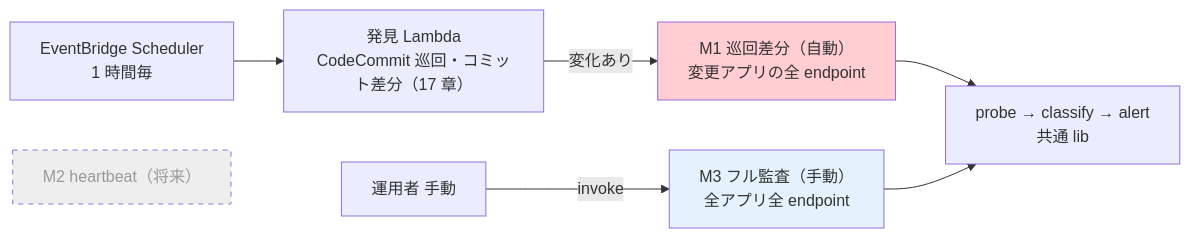
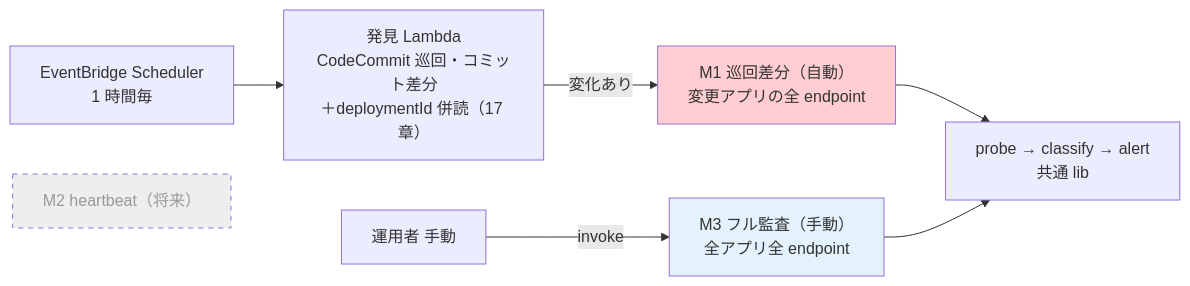
The first of 2 diagrams in doc/api-platform/basic-design/18-scan-modes-and-scheduling.md (suepie/aws-atuh-poc), drawn with Mermaid before and after one commit. The commit also changed other lines of this file and 8 other files, not shown here.

````diff
--- a/doc/api-platform/basic-design/18-scan-modes-and-scheduling.md
+++ b/doc/api-platform/basic-design/18-scan-modes-and-scheduling.md
@@ -30,11 +30,11 @@
 ```mermaid
 flowchart LR
-    SCH[EventBridge Scheduler<br/>1 時間毎] --> DISC[発見 Lambda<br/>CodeCommit 巡回・コミット差分（17 章）]
+    SCH[EventBridge Scheduler<br/>1 時間毎] --> DISC[発見 Lambda<br/>CodeCommit 巡回・コミット差分<br/>＋deploymentId 併読（17 章）]
     DISC -->|変化あり| M1[M1 巡回差分（自動）<br/>変更アプリの全 endpoint]
     Manual[運用者 手動] -->|invoke| M3[M3 フル監査（手動）<br/>全アプリ全 endpoint]
     M2["M2 heartbeat（将来）"]:::future
     M1 & M3 --> C[probe → classify → alert<br/>共通 lib]
     classDef future fill:#eee,stroke-dasharray:5 5,color:#999
     style M1 fill:#ffcdd2
     style M3 fill:#e3f2fd
 ```
````
